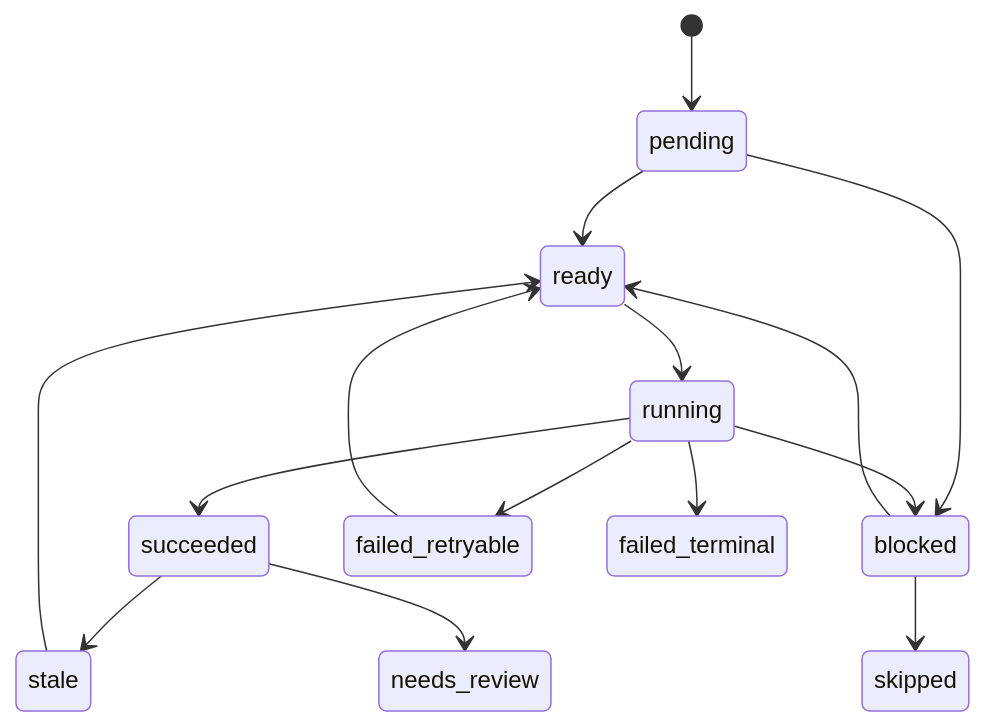
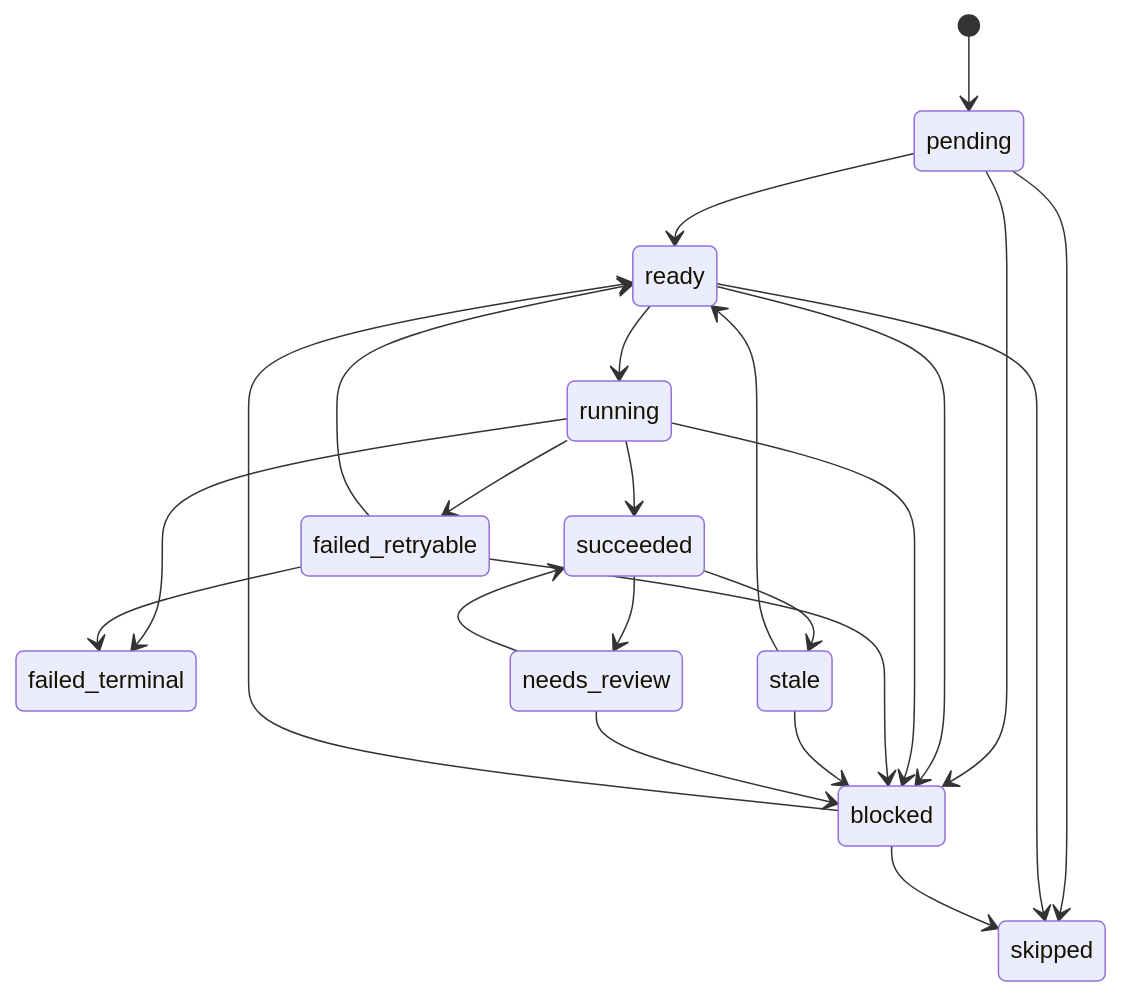
One commit to rager306/daily-archive changed the diagram in doc/contracts/m034-universal-kb/STATUS-MATRIX.md. Above: the diagram before and after it, drawn with Mermaid. The commit also changed other lines of this file and 31 other files, not shown here.

````diff
--- a/doc/contracts/m034-universal-kb/STATUS-MATRIX.md
+++ b/doc/contracts/m034-universal-kb/STATUS-MATRIX.md
@@ -20,17 +96,25 @@
 ```mermaid
 stateDiagram-v2
     [*] --> pending
     pending --> ready
     pending --> blocked
+    pending --> skipped
     ready --> running
+    ready --> blocked
+    ready --> skipped
     running --> succeeded
     running --> failed_retryable
-    failed_retryable --> ready
     running --> failed_terminal
     running --> blocked
+    failed_retryable --> ready
+    failed_retryable --> failed_terminal
+    failed_retryable --> blocked
+    blocked --> ready
+    blocked --> skipped
     succeeded --> stale
     succeeded --> needs_review
     stale --> ready
-    blocked --> ready
-    blocked --> skipped
+    stale --> blocked
+    needs_review --> succeeded
+    needs_review --> blocked
 ```
````
